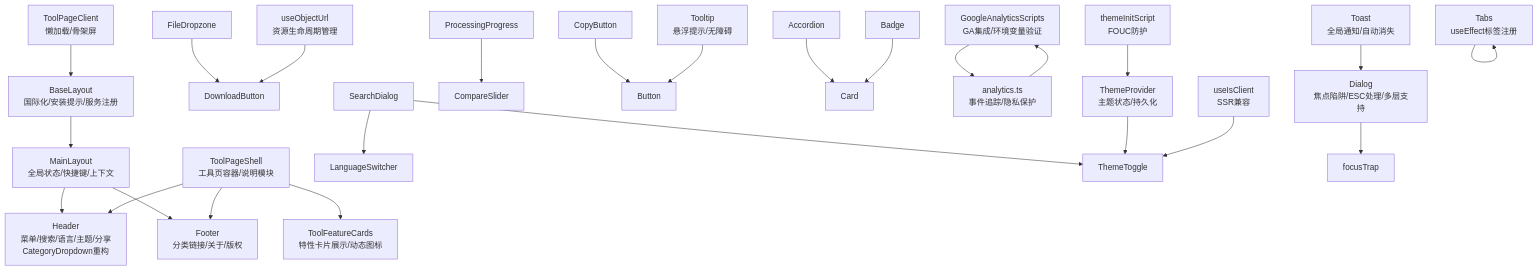
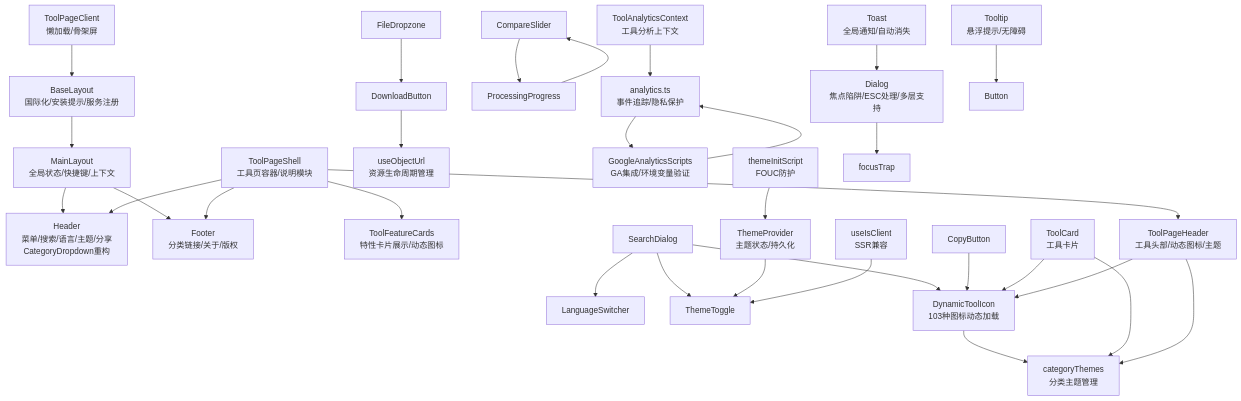
The second of 12 diagrams in .qoder/repowiki/zh/content/UI组件系统/UI组件系统.md (sgyy/privadeck), drawn with Mermaid before and after one commit. The commit also changed other lines of this file and 7 other files, not shown here.

````diff
--- a/.qoder/repowiki/zh/content/UI组件系统/UI组件系统.md
+++ b/.qoder/repowiki/zh/content/UI组件系统/UI组件系统.md
@@ -274,27 +325,33 @@
 ```mermaid
 graph TB
 ML["MainLayout<br/>全局状态/快捷键/上下文"] --> HDR["Header<br/>菜单/搜索/语言/主题/分享<br/>CategoryDropdown重构"]
 ML --> FTR["Footer<br/>分类链接/关于/版权"]
 BL["BaseLayout<br/>国际化/安装提示/服务注册"] --> ML
 TPS["ToolPageShell<br/>工具页容器/说明模块"] --> HDR
 TPS --> FTR
 TPS --> TFC["ToolFeatureCards<br/>特性卡片展示/动态图标"]
+TPS --> TPH["ToolPageHeader<br/>工具头部/动态图标/主题"]
 TPC["ToolPageClient<br/>懒加载/骨架屏"] --> BL
 FDZ["FileDropzone"] --> DNB["DownloadButton"]
 SDI["SearchDialog"] --> LSW["LanguageSwitcher"]
 SDI --> TMT["ThemeToggle"]
-PPG["ProcessingProgress"] --> CMP["CompareSlider"]
-CPB["CopyButton"] --> BTN["Button"]
-ACC["Accordion"] --> CAR["Card"]
-BAD["Badge"] --> CAR
-TAB["Tabs<br/>useEffect标签注册"] --> TAB
-GAS["GoogleAnalyticsScripts<br/>GA集成/环境变量验证"] --> ANL["analytics.ts<br/>事件追踪/隐私保护"]
+SDI --> DTI["DynamicToolIcon<br/>103种图标动态加载"]
+CMP["CompareSlider"] --> PPG["ProcessingProgress"]
+CPB["CopyButton"] --> DTI
+PPG --> CMP
+DNB --> UOU["useObjectUrl<br/>资源生命周期管理"]
+DTI --> CTS["categoryThemes<br/>分类主题管理"]
+TC["ToolCard<br/>工具卡片"] --> DTI
+TC --> CTS
+TPH --> DTI
+TPH --> CTS
+TAC["ToolAnalyticsContext<br/>工具分析上下文"] --> ANL["analytics.ts<br/>事件追踪/隐私保护"]
+GAS["GoogleAnalyticsScripts<br/>GA集成/环境变量验证"] --> ANL
 TPR["ThemeProvider<br/>主题状态/持久化"] --> TMT
 TIS["themeInitScript<br/>FOUC防护"] --> TPR
 UIC["useIsClient<br/>SSR兼容"] --> TMT
-UOU["useObjectUrl<br/>资源生命周期管理"] --> DNB
 DLG["Dialog<br/>焦点陷阱/ESC处理/多层支持"] --> FT["focusTrap"]
 TST["Toast<br/>全局通知/自动消失"] --> DLG
-TTP["Tooltip<br/>悬浮提示/无障碍"] --> BTN
+TTP["Tooltip<br/>悬浮提示/无障碍"] --> BTN["Button"]
 ANL["analytics.ts<br/>事件追踪/隐私保护"] --> GAS
 ```
````
